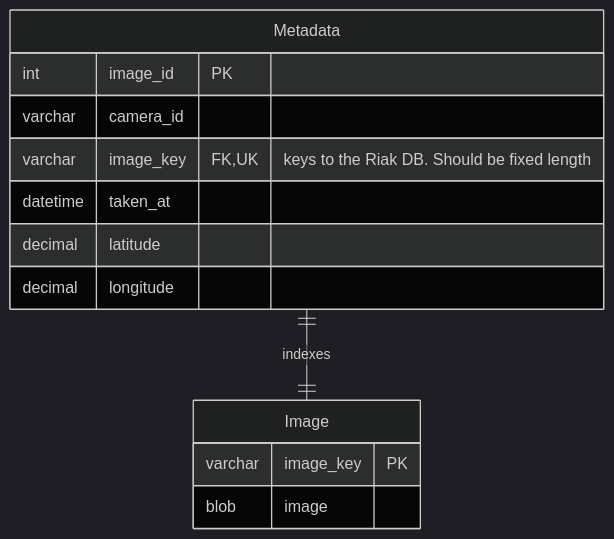
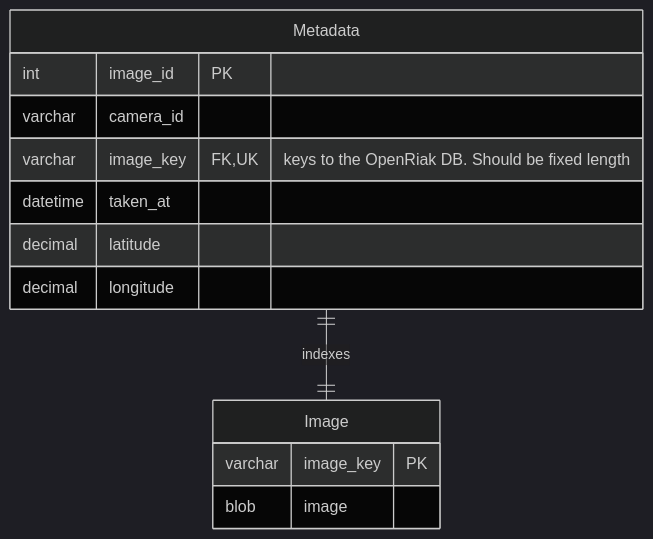
The diagram in Assignment 4/database_structure.mmd (RandomBird058/CS250-F26-Group7), drawn with Mermaid (dark theme) before and after one commit. The commit also changed 1 other file, not shown here.

Commit message:
Updated diagrams to be consistent with OpenRiak.

```diff
--- a/Assignment 4/database_structure.mmd
+++ b/Assignment 4/database_structure.mmd
@@ -1,36 +1,36 @@
 ---
 config:
   layout: elk
 ---
 erDiagram
     Metadata || -- || Image : indexes
     Metadata {
       int image_id PK
       varchar camera_id
-      varchar image_key FK,UK "keys to the Riak DB. Should be fixed length"
+      varchar image_key FK,UK "keys to the OpenRiak DB. Should be fixed length"
       datetime taken_at
       decimal latitude
       decimal longitude
     }
 
     Image {
       varchar image_key PK
       blob image
     }
     
 
     %% BluffChange {
     %%   varchar image_old_id FK "When oldest image deleted, clean this record"
     %%   varchar image_new_id FK
     %%   int change_intensity
     %% }
 
     %% Metadata ||--|{ BluffChange : "helps clean"
 
     %% CameraConfig {
     %%   varchar camera_id PK
     %%   time image_frequency
     %%   %% Unclear what other image specifications
     %%   %% need to be controlled via control commands.
     %%   %% clarify with client.
     %% }
```
